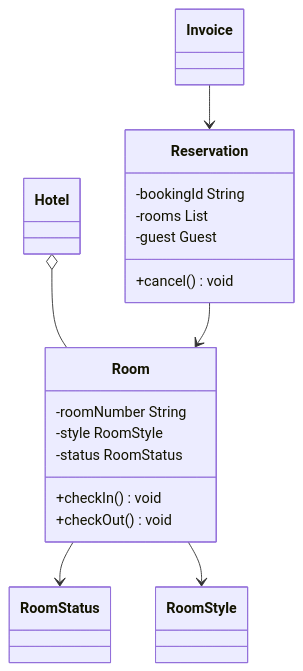
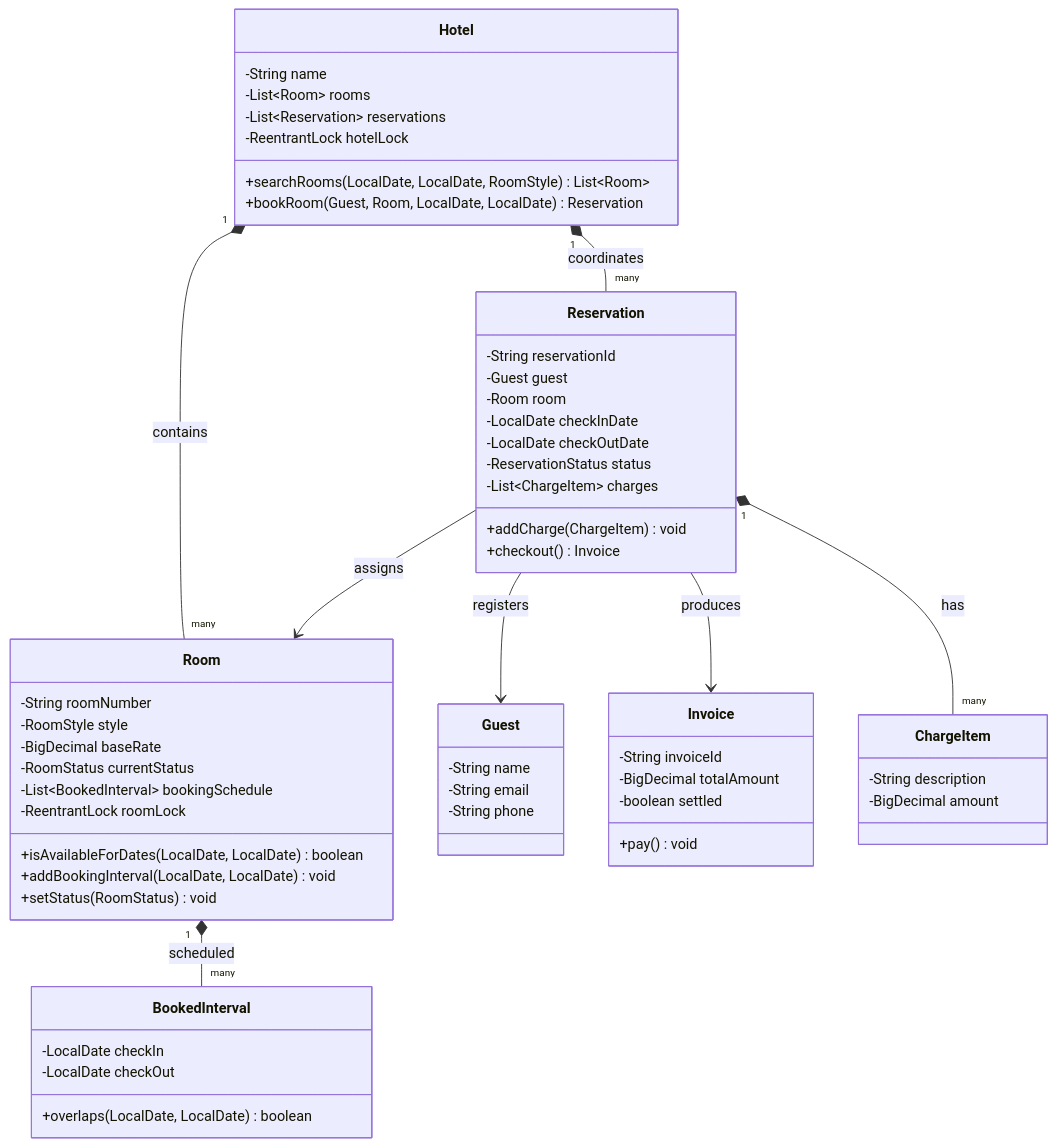
Before and after one commit to gp330841/interview: the first of 2 diagrams in low-level-design/concepts/21-hotel-management-design.md, drawn with Mermaid. The commit also changed other lines of this file and 66 other files, not shown here.

````diff
--- a/low-level-design/concepts/21-hotel-management-design.md
+++ b/low-level-design/concepts/21-hotel-management-design.md
@@ -17,21 +25,67 @@
 ```mermaid
 classDiagram
-    Hotel o-- Room
-    Room --> RoomStatus
-    Room --> RoomStyle
-    Reservation --> Room
-    Invoice --> Reservation
+    class Hotel {
+        -String name
+        -List~Room~ rooms
+        -List~Reservation~ reservations
+        -ReentrantLock hotelLock
+        +searchRooms(LocalDate, LocalDate, RoomStyle) List~Room~
+        +bookRoom(Guest, Room, LocalDate, LocalDate) Reservation
+    }
+
     class Room {
-        -roomNumber String
-        -style RoomStyle
-        -status RoomStatus
-        +checkIn() void
-        +checkOut() void
+        -String roomNumber
+        -RoomStyle style
+        -BigDecimal baseRate
+        -RoomStatus currentStatus
+        -List~BookedInterval~ bookingSchedule
+        -ReentrantLock roomLock
+        +isAvailableForDates(LocalDate, LocalDate) boolean
+        +addBookingInterval(LocalDate, LocalDate) void
+        +setStatus(RoomStatus) void
     }
+
+    class BookedInterval {
+        -LocalDate checkIn
+        -LocalDate checkOut
+        +overlaps(LocalDate, LocalDate) boolean
+    }
+
     class Reservation {
-        -bookingId String
-        -rooms List
-        -guest Guest
-        +cancel() void
+        -String reservationId
+        -Guest guest
+        -Room room
+        -LocalDate checkInDate
+        -LocalDate checkOutDate
+        -ReservationStatus status
+        -List~ChargeItem~ charges
+        +addCharge(ChargeItem) void
+        +checkout() Invoice
     }
+
+    class Guest {
+        -String name
+        -String email
+        -String phone
+    }
+
+    class Invoice {
+        -String invoiceId
+        -BigDecimal totalAmount
+        -boolean settled
+        +pay() void
+    }
+
+    class ChargeItem {
+        -String description
+        -BigDecimal amount
+    }
+
+    Hotel "1" *-- "many" Room : contains
+    Hotel "1" *-- "many" Reservation : coordinates
+    Room "1" *-- "many" BookedInterval : scheduled
+    Reservation --> Guest : registers
+    Reservation --> Room : assigns
+    Reservation "1" *-- "many" ChargeItem : has
+    Reservation --> Invoice : produces
 ```
````
